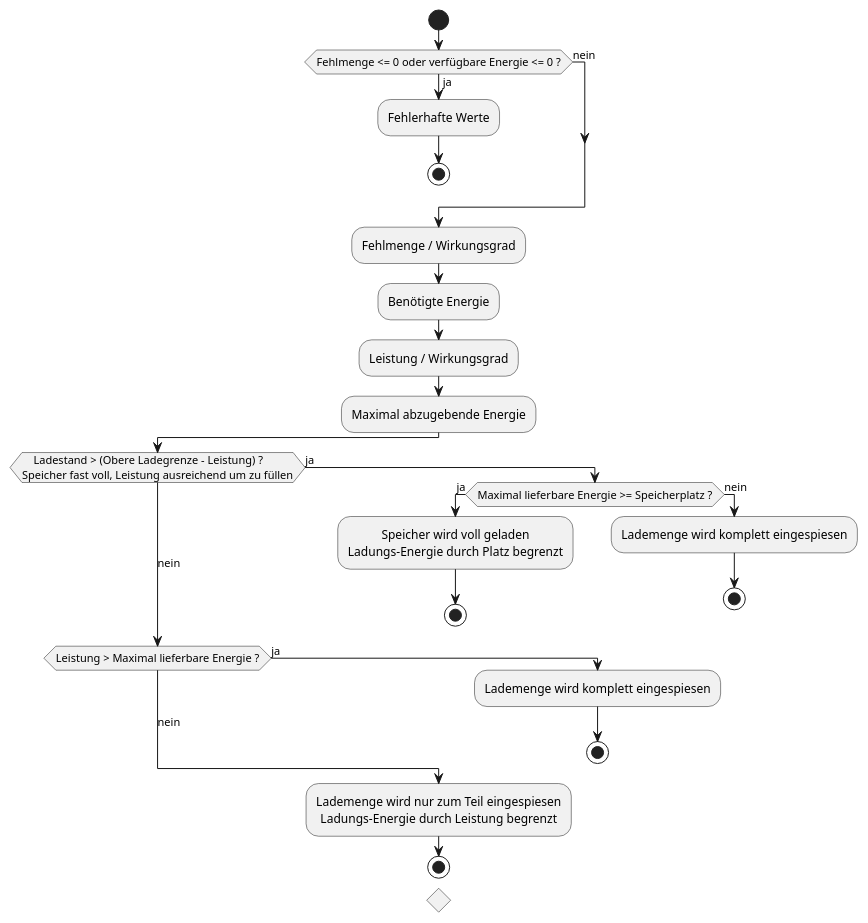
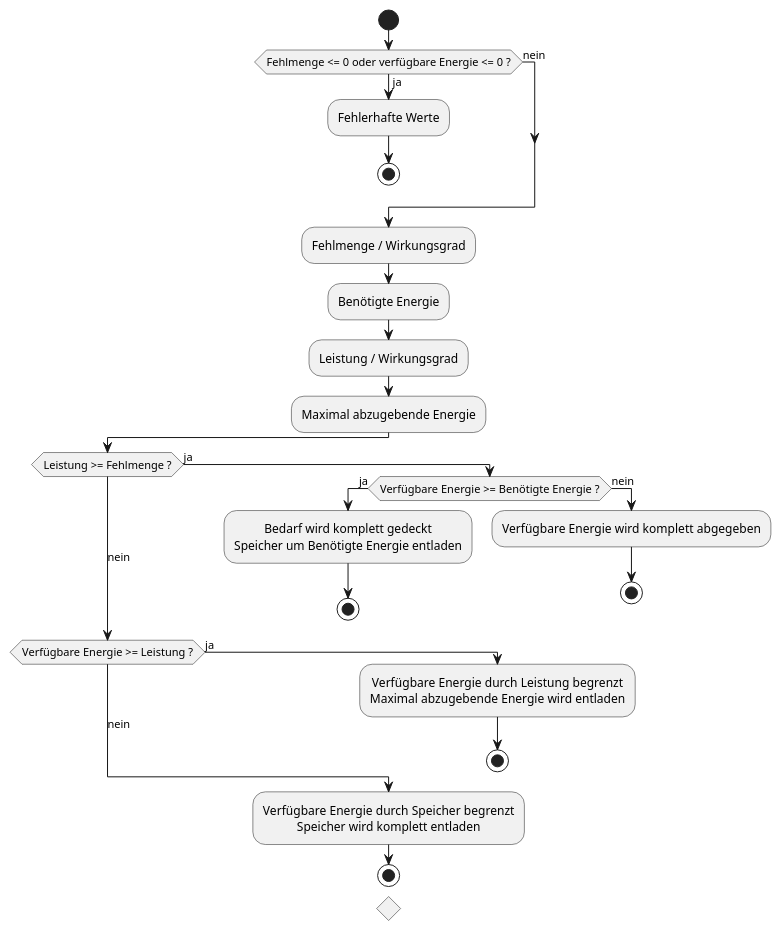
One commit to gitroi/IPJ1-Pottkieker changed the diagram in Sonstiges/UML_Diagramme/fallunterscheidung_entladen.plantuml. Above: the diagram before and after it, drawn with PlantUML.

Commit message:
entladen uml final

```diff
--- a/Sonstiges/UML_Diagramme/fallunterscheidung_entladen.plantuml
+++ b/Sonstiges/UML_Diagramme/fallunterscheidung_entladen.plantuml
@@ -1,48 +1,48 @@
 @startuml Fallunterscheidung Entladung
 
 <style>
 activity {
     HorizontalAlignment center
 }
 
 </style>
 !pragma useVerticalIf on
 start
     
 if (Fehlmenge <= 0 oder verfügbare Energie <= 0 ?) then (ja)
     :Fehlerhafte Werte;
     stop
 else (nein)
 endif
     
 :Fehlmenge / Wirkungsgrad;
     
 :Benötigte Energie;
 
 :Leistung / Wirkungsgrad;
     
 :Maximal abzugebende Energie;
     
-if (    Ladestand > (Obere Ladegrenze - Leistung) ?
-Speicher fast voll, Leistung ausreichend um zu füllen) then (ja)
-    if (Maximal lieferbare Energie >= Speicherplatz ?) then (ja)
-        :Speicher wird voll geladen
-        Ladungs-Energie durch Platz begrenzt;
+if (Leistung >= Fehlmenge ?) then (ja)
+    if (Verfügbare Energie >= Benötigte Energie ?) then (ja)
+        :Bedarf wird komplett gedeckt
+        Speicher um Benötigte Energie entladen;
         stop
     else (nein) 
-        :Lademenge wird komplett eingespiesen;
+        :Verfügbare Energie wird komplett abgegeben;
         stop
         
     endif
 
-(nein) elseif (Leistung > Maximal lieferbare Energie ?) then (ja)
-    :Lademenge wird komplett eingespiesen;
+(nein) elseif (Verfügbare Energie >= Leistung ?) then (ja)
+    :Verfügbare Energie durch Leistung begrenzt
+    Maximal abzugebende Energie wird entladen;
         stop
 else (nein)
-    :Lademenge wird nur zum Teil eingespiesen
-    Ladungs-Energie durch Leistung begrenzt;
+    :Verfügbare Energie durch Speicher begrenzt
+    Speicher wird komplett entladen;
     stop
 
 endif
 
 @enduml
```
